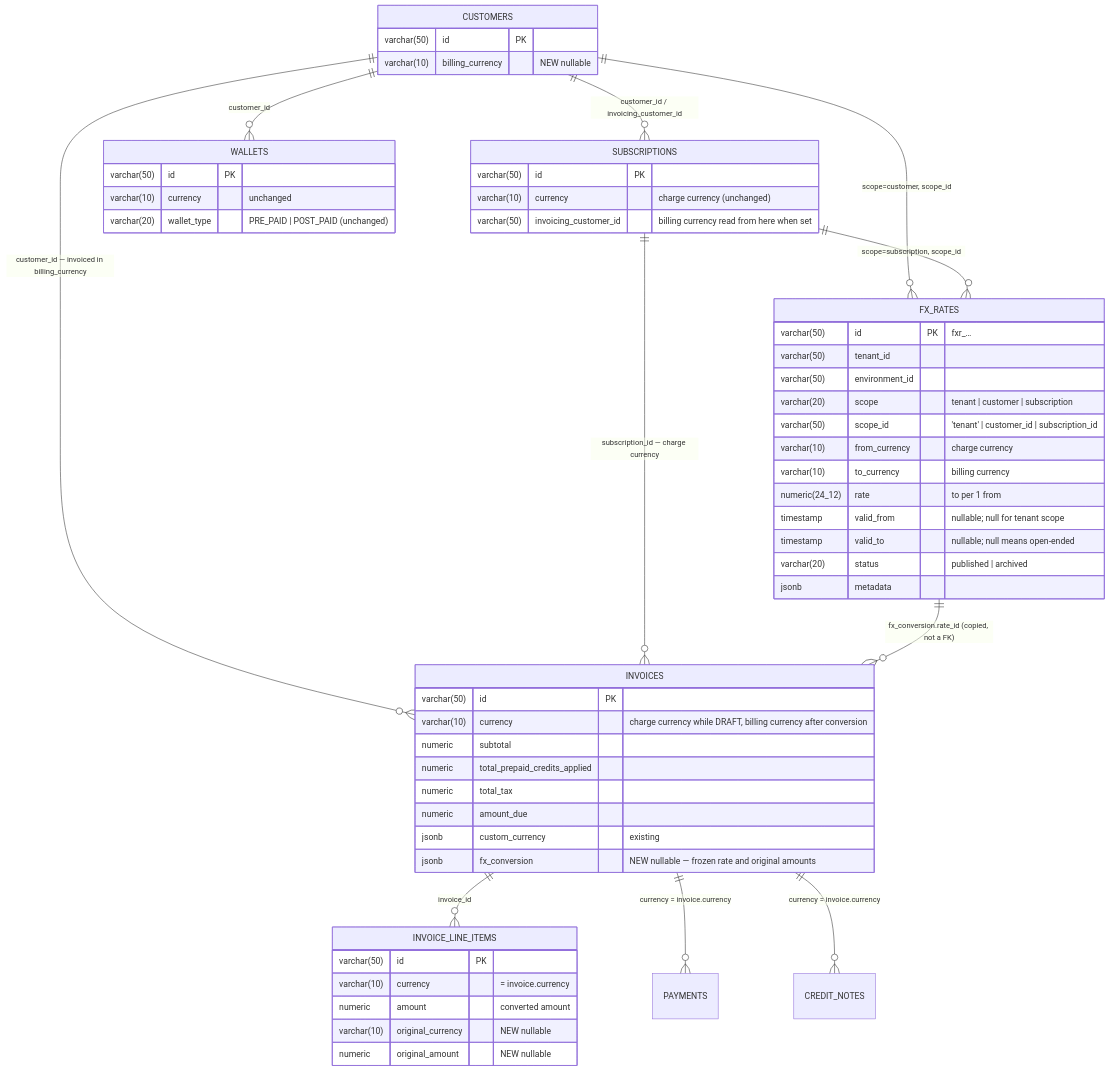
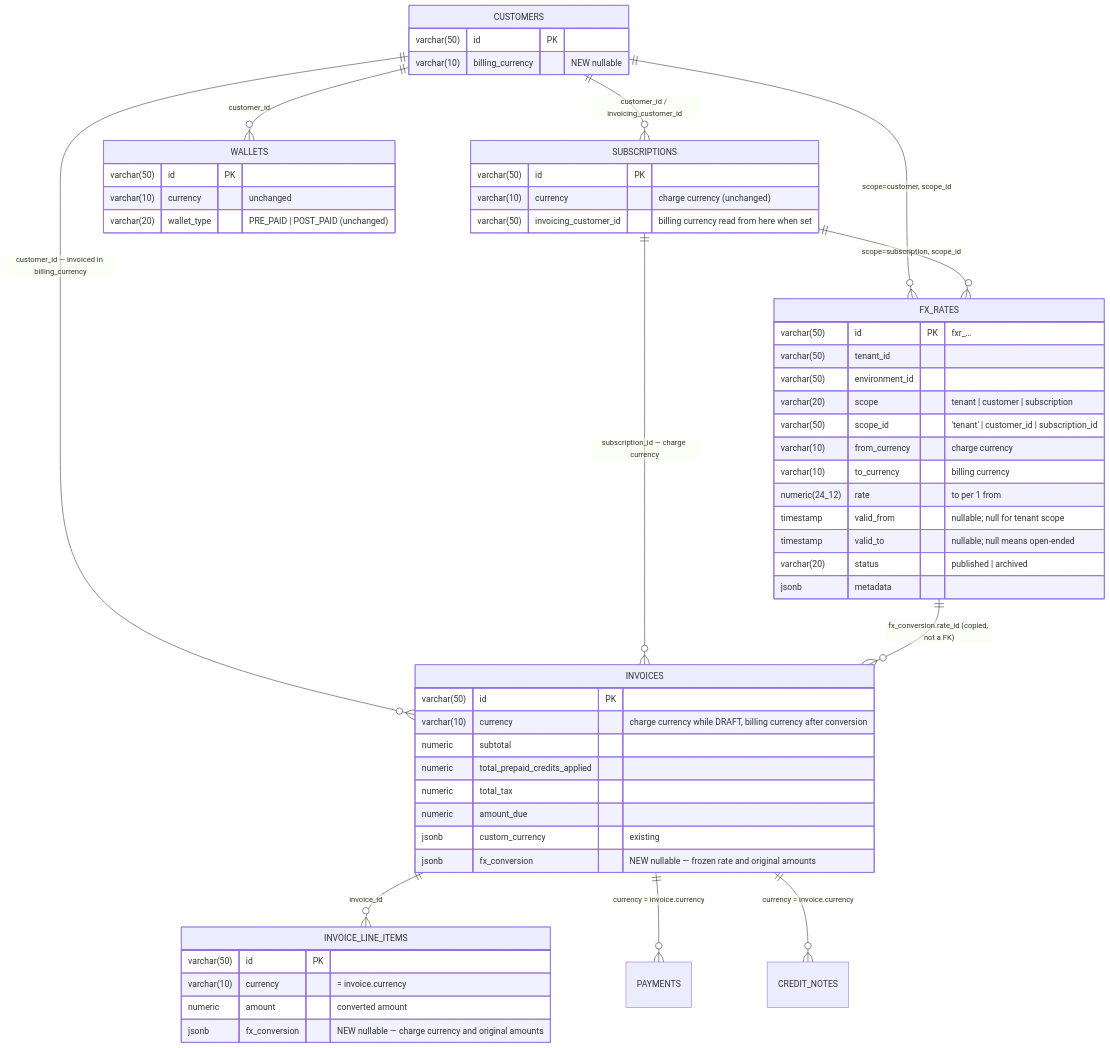
The second of 7 diagrams in docs/design/2026-09-26-FLE-1383-adaptive-multi-currency-erd.md (subratsahilgupta/flexprice), drawn with Mermaid before and after one commit. The commit also changed other lines of this file, not shown here.

Commit message:
docs(fx): describe the line-level fx_conversion in the ERD

````diff
--- a/docs/design/2026-09-26-FLE-1383-adaptive-multi-currency-erd.md
+++ b/docs/design/2026-09-26-FLE-1383-adaptive-multi-currency-erd.md
@@ -116,59 +116,58 @@
 ```mermaid
 erDiagram
     CUSTOMERS      ||--o{ SUBSCRIPTIONS : "customer_id / invoicing_customer_id"
     CUSTOMERS      ||--o{ INVOICES      : "customer_id — invoiced in billing_currency"
     CUSTOMERS      ||--o{ WALLETS       : "customer_id"
     CUSTOMERS      ||--o{ FX_RATES      : "scope=customer, scope_id"
     SUBSCRIPTIONS  ||--o{ FX_RATES      : "scope=subscription, scope_id"
     SUBSCRIPTIONS  ||--o{ INVOICES      : "subscription_id — charge currency"
     FX_RATES       ||--o{ INVOICES      : "fx_conversion.rate_id (copied, not a FK)"
     INVOICES       ||--o{ INVOICE_LINE_ITEMS : "invoice_id"
     INVOICES       ||--o{ PAYMENTS      : "currency = invoice.currency"
     INVOICES       ||--o{ CREDIT_NOTES  : "currency = invoice.currency"
 
     CUSTOMERS {
         varchar(50)  id PK
         varchar(10)  billing_currency "NEW nullable"
     }
     FX_RATES {
         varchar(50)    id PK "fxr_…"
         varchar(50)    tenant_id
         varchar(50)    environment_id
         varchar(20)    scope "tenant | customer | subscription"
         varchar(50)    scope_id "'tenant' | customer_id | subscription_id"
         varchar(10)    from_currency "charge currency"
         varchar(10)    to_currency "billing currency"
         numeric(24_12) rate "to per 1 from"
         timestamp      valid_from "nullable; null for tenant scope"
         timestamp      valid_to "nullable; null means open-ended"
         varchar(20)    status "published | archived"
         jsonb          metadata
     }
     SUBSCRIPTIONS {
         varchar(50)  id PK
         varchar(10)  currency "charge currency (unchanged)"
         varchar(50)  invoicing_customer_id "billing currency read from here when set"
     }
     INVOICES {
         varchar(50)  id PK
         varchar(10)  currency "charge currency while DRAFT, billing currency after conversion"
         numeric      subtotal
         numeric      total_prepaid_credits_applied
         numeric      total_tax
         numeric      amount_due
         jsonb        custom_currency "existing"
         jsonb        fx_conversion "NEW nullable — frozen rate and original amounts"
     }
     INVOICE_LINE_ITEMS {
         varchar(50)  id PK
         varchar(10)  currency "= invoice.currency"
         numeric      amount "converted amount"
-        varchar(10)  original_currency "NEW nullable"
-        numeric      original_amount "NEW nullable"
+        jsonb        fx_conversion "NEW nullable — charge currency and original amounts"
     }
     WALLETS {
         varchar(50)  id PK
         varchar(10)  currency "unchanged"
         varchar(20)  wallet_type "PRE_PAID | POST_PAID (unchanged)"
     }
 ```
````
